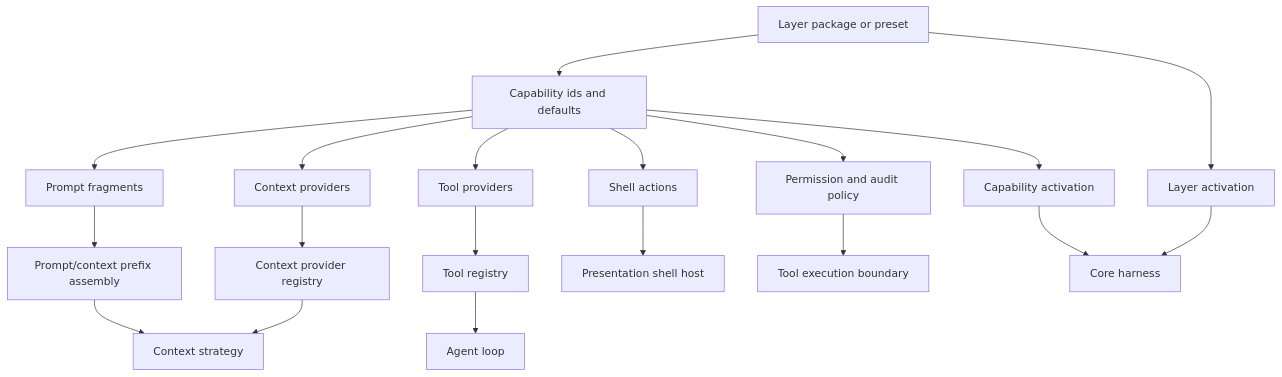
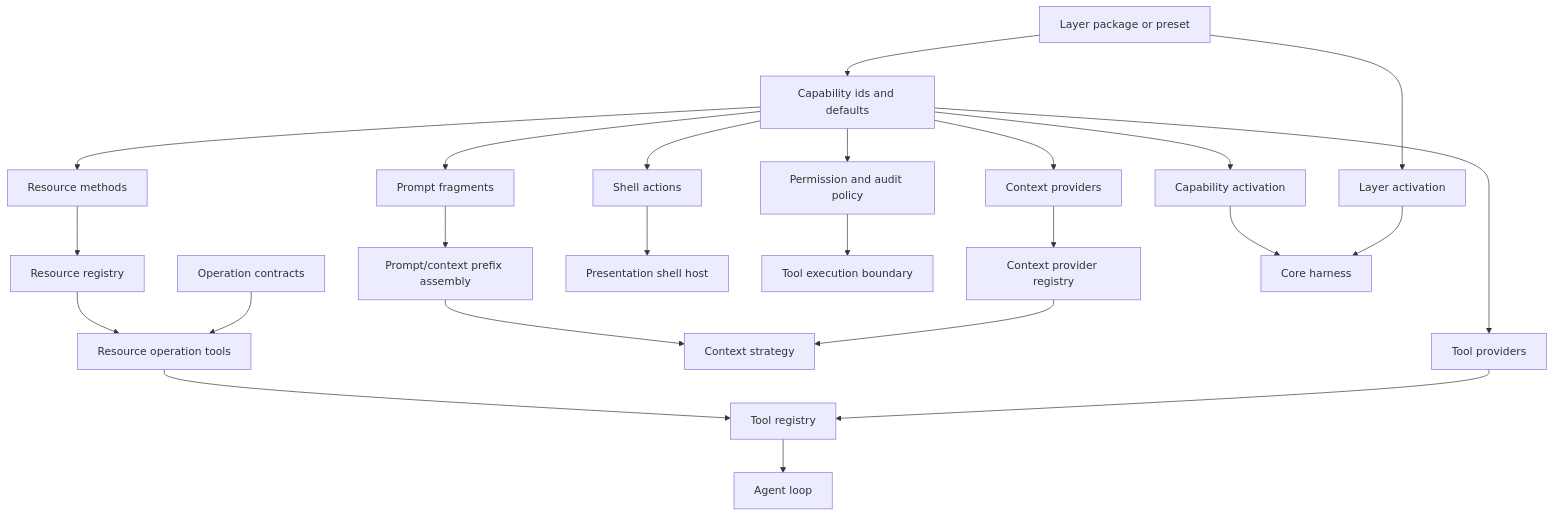
The third of 6 diagrams in docs/architecture.md (alendit/e), drawn with Mermaid before and after one commit. The commit also changed other lines of this file and 27 other files, not shown here.

````diff
--- a/docs/architecture.md
+++ b/docs/architecture.md
@@ -171,23 +172,28 @@
 ```mermaid
 flowchart TD
     Layer["Layer package or preset"] --> Capability["Capability ids and defaults"]
     Capability --> ContextProvider["Context providers"]
     Capability --> ToolProvider["Tool providers"]
+    Capability --> ResourceMethod["Resource methods"]
     Capability --> PromptFragment["Prompt fragments"]
     Capability --> ShellAction["Shell actions"]
     Capability --> Policy["Permission and audit policy"]
 
     ContextProvider --> ContextRegistry["Context provider registry"]
     ToolProvider --> ToolRegistry["Tool registry"]
+    ResourceMethod --> ResourceRegistry["Resource registry"]
     PromptFragment --> PromptRegistry["Prompt/context prefix assembly"]
     ShellAction --> ShellHost["Presentation shell host"]
     Policy --> ToolExecution["Tool execution boundary"]
     Layer --> LayerActivation["Layer activation"]
     Capability --> CapabilityActivation["Capability activation"]
 
     ContextRegistry --> ContextStrategy["Context strategy"]
     PromptRegistry --> ContextStrategy
     ToolRegistry --> AgentLoop["Agent loop"]
+    OperationContract["Operation contracts"] --> OperationTools["Resource operation tools"]
+    ResourceRegistry --> OperationTools
+    OperationTools --> ToolRegistry
     LayerActivation --> Harness["Core harness"]
     CapabilityActivation --> Harness
 ```
````
